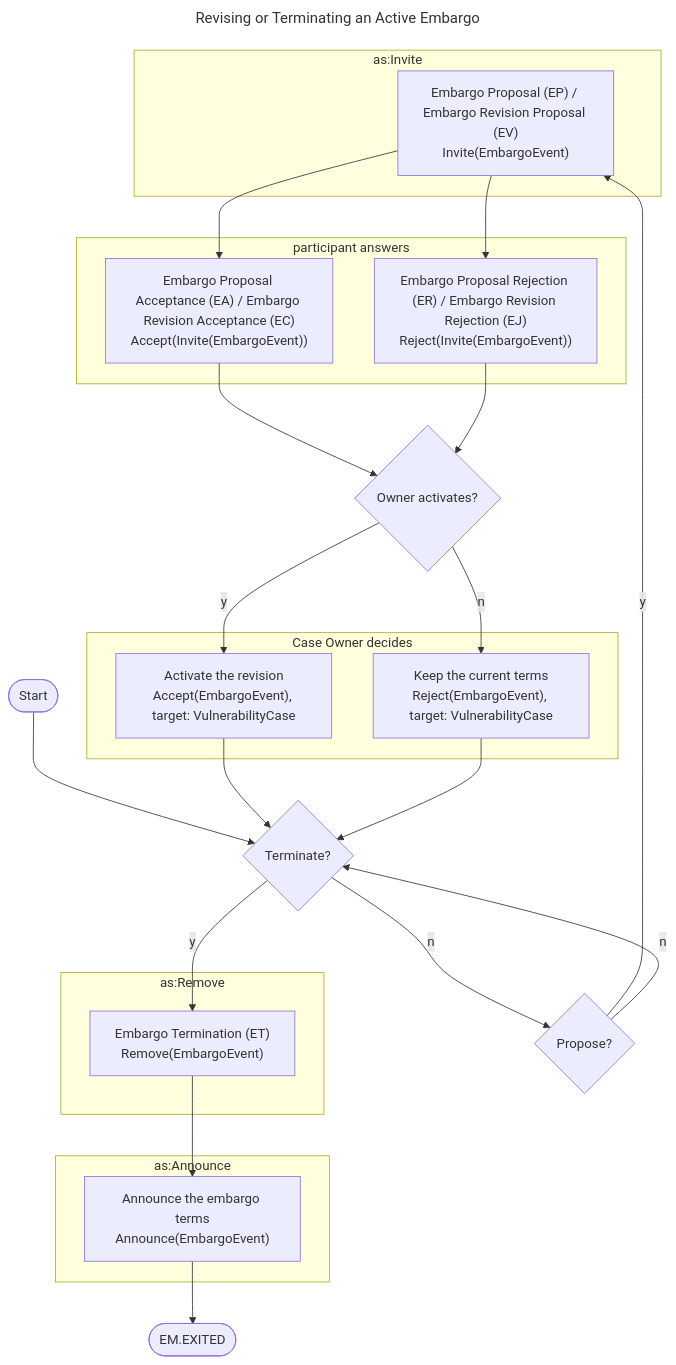
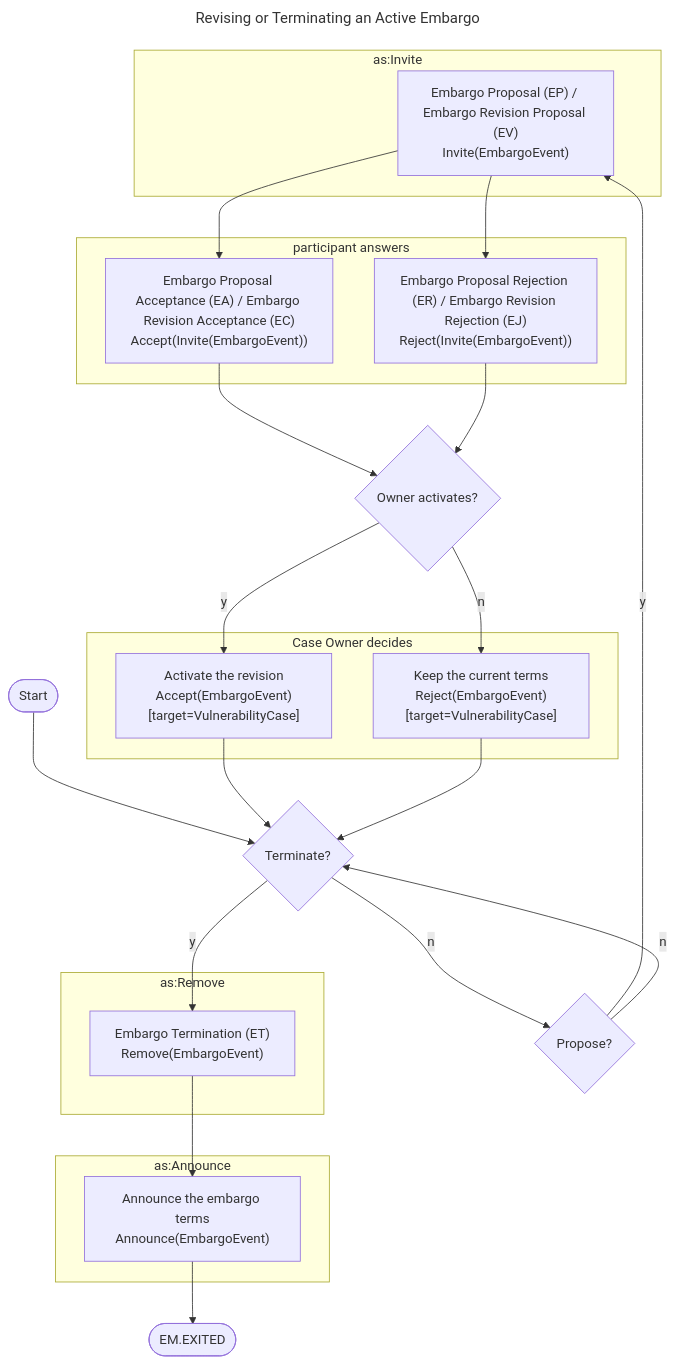
One commit to CERTCC/Vultron changed the diagram in docs/howto/activitypub/activities/manage_embargo.md. Above: the diagram before and after it, drawn with Mermaid. The commit also changed 6 other files, not shown here.

````diff
--- a/docs/howto/activitypub/activities/manage_embargo.md
+++ b/docs/howto/activitypub/activities/manage_embargo.md
@@ -37,38 +37,38 @@
 ```mermaid
 ---
 title: Revising or Terminating an Active Embargo
 ---
 flowchart TB
     subgraph as:Invite
         EmProposeEmbargo["Embargo Proposal (EP) / Embargo Revision Proposal (EV)<br/>Invite(EmbargoEvent)"]
     end
     subgraph participant answers
         EmAcceptEmbargo["Embargo Proposal Acceptance (EA) / Embargo Revision Acceptance (EC)<br/>Accept(Invite(EmbargoEvent))"]
         EmRejectEmbargo["Embargo Proposal Rejection (ER) / Embargo Revision Rejection (EJ)<br/>Reject(Invite(EmbargoEvent))"]
     end
     subgraph Case Owner decides
-        ActivateEmbargo["Activate the revision<br/>Accept(EmbargoEvent), target: VulnerabilityCase"]
-        RejectEmbargoProposal["Keep the current terms<br/>Reject(EmbargoEvent), target: VulnerabilityCase"]
+        ActivateEmbargo["Activate the revision<br/>Accept(EmbargoEvent)[target=VulnerabilityCase]"]
+        RejectEmbargoProposal["Keep the current terms<br/>Reject(EmbargoEvent)[target=VulnerabilityCase]"]
     end
     subgraph as:Remove
         RemoveEmbargoFromCase["Embargo Termination (ET)<br/>Remove(EmbargoEvent)"]
     end
     subgraph as:Announce
         AnnounceEmbargo["Announce the embargo terms<br/>Announce(EmbargoEvent)"]
     end
     start([Start]) --> t{Terminate?}
     t -->|n| p{Propose?}
     p -->|y| EmProposeEmbargo
     p -->|n| t
     EmProposeEmbargo --> EmAcceptEmbargo
     EmProposeEmbargo --> EmRejectEmbargo
     EmAcceptEmbargo --> d{Owner activates?}
     EmRejectEmbargo --> d
     d -->|y| ActivateEmbargo
     d -->|n| RejectEmbargoProposal
     ActivateEmbargo --> t
     RejectEmbargoProposal --> t
     t -->|y| RemoveEmbargoFromCase
     RemoveEmbargoFromCase --> AnnounceEmbargo
     AnnounceEmbargo --> exited([EM.EXITED])
 ```
````
